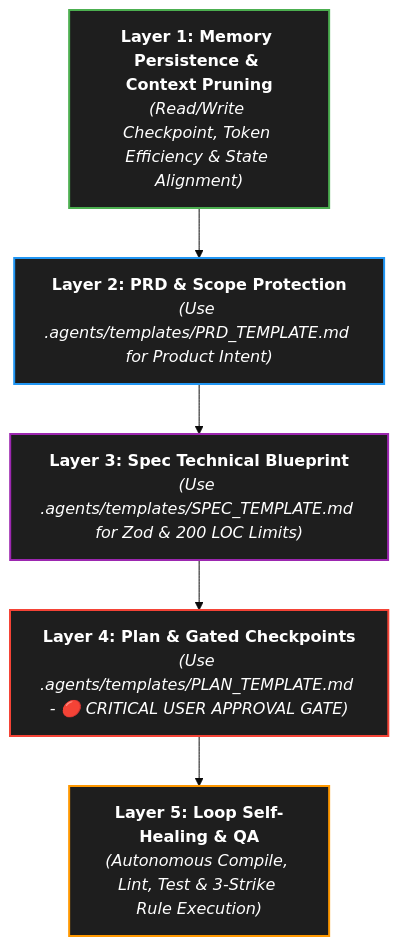
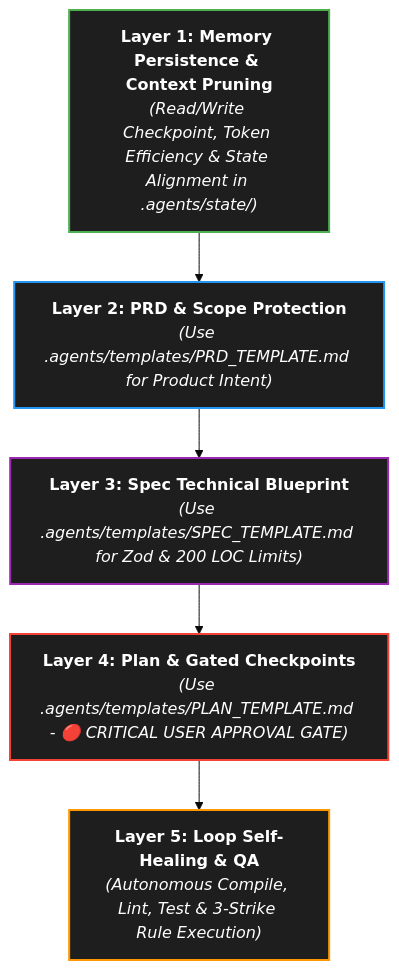
Before and after one commit to IDAN2468D/movie-booking-site: the diagram in .agents/Skills/agent-stack-framework/SKILL.md, drawn with Mermaid (base theme). The commit also changed other lines of this file and 47 other files, not shown here.

````diff
--- a/.agents/Skills/agent-stack-framework/SKILL.md
+++ b/.agents/Skills/agent-stack-framework/SKILL.md
@@ -16,14 +16,14 @@
 ```mermaid
 graph TD
-    L1["<b>Layer 1: Memory Persistence & Context Pruning</b><br/><i>(Read/Write Checkpoint, Token Efficiency & State Alignment)</i>"] --> L2
+    L1["<b>Layer 1: Memory Persistence & Context Pruning</b><br/><i>(Read/Write Checkpoint, Token Efficiency & State Alignment in .agents/state/)</i>"] --> L2
     L2["<b>Layer 2: PRD & Scope Protection</b><br/><i>(Use .agents/templates/PRD_TEMPLATE.md for Product Intent)</i>"] --> L3
     L3["<b>Layer 3: Spec Technical Blueprint</b><br/><i>(Use .agents/templates/SPEC_TEMPLATE.md for Zod & 200 LOC Limits)</i>"] --> L4
     L4["<b>Layer 4: Plan & Gated Checkpoints</b><br/><i>(Use .agents/templates/PLAN_TEMPLATE.md - 🔴 CRITICAL USER APPROVAL GATE)</i>"] --> L5
     L5["<b>Layer 5: Loop Self-Healing & QA</b><br/><i>(Autonomous Compile, Lint, Test & 3-Strike Rule Execution)</i>"]
     
     style L1 fill:#1e1e1e,stroke:#4caf50,stroke-width:2px,color:#fff
     style L2 fill:#1e1e1e,stroke:#2196f3,stroke-width:2px,color:#fff
     style L3 fill:#1e1e1e,stroke:#9c27b0,stroke-width:2px,color:#fff
     style L4 fill:#1e1e1e,stroke:#f44336,stroke-width:2px,color:#fff
     style L5 fill:#1e1e1e,stroke:#ff9800,stroke-width:2px,color:#fff
 ```
````
